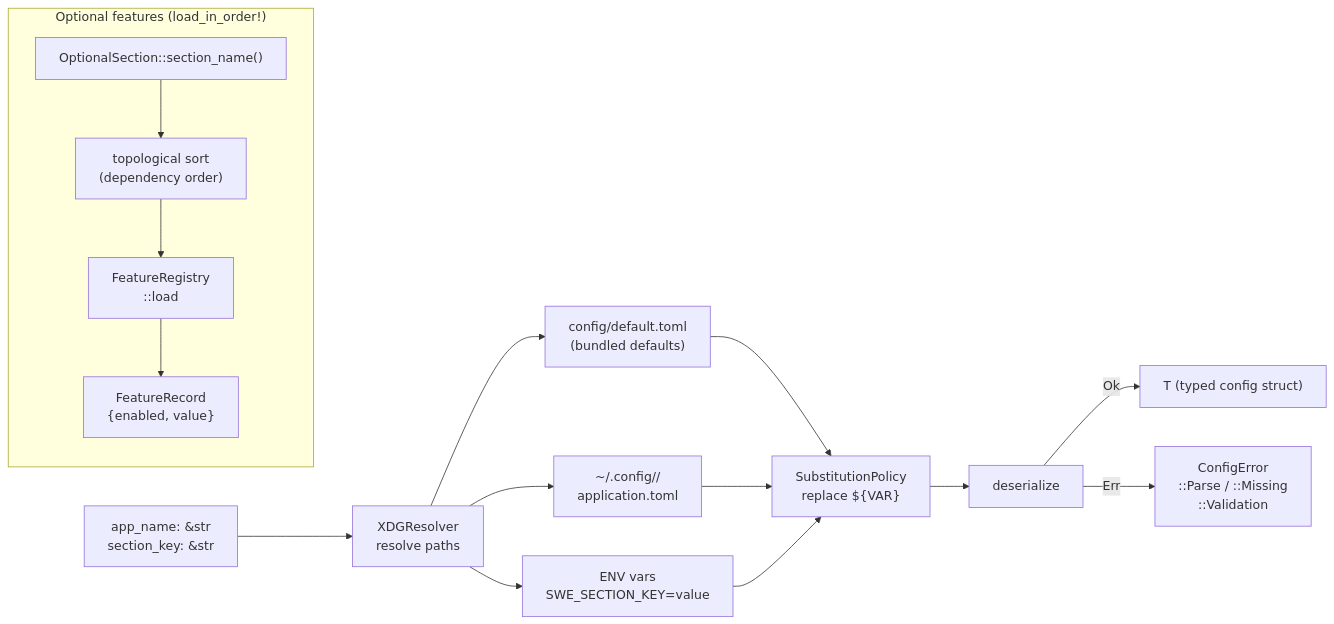
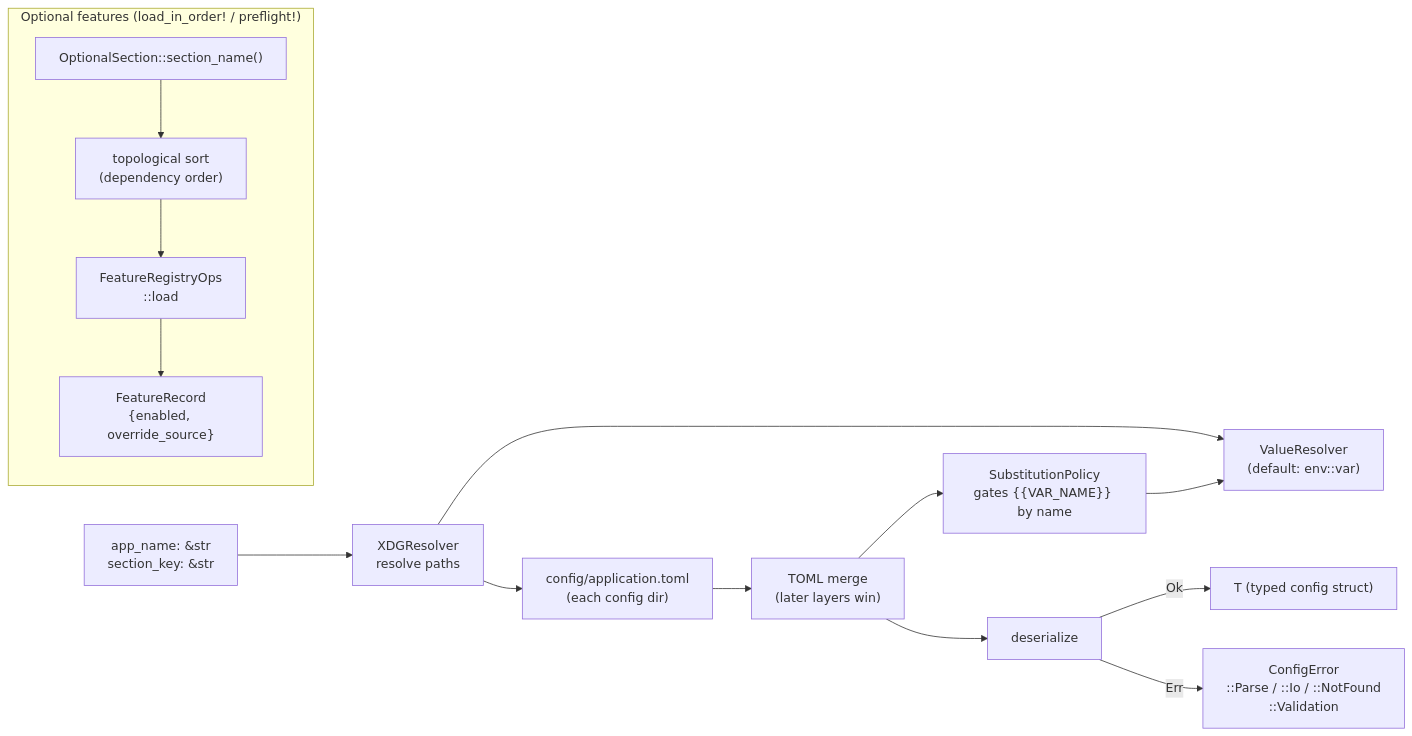
The second of 2 diagrams in scm/docs/architecture.md (sweengineeringlabs/edge-configbuilder), drawn with Mermaid before and after one commit. The commit also changed other lines of this file and 15 other files, not shown here.

````diff
--- a/scm/docs/architecture.md
+++ b/scm/docs/architecture.md
@@ -37,21 +70,20 @@
 ```mermaid
 flowchart LR
     A["app_name: &str\nsection_key: &str"] --> B["XDGResolver\nresolve paths"]
-    B --> C["config/default.toml\n(bundled defaults)"]
-    B --> D["~/.config/<app>/\napplication.toml"]
-    B --> E["ENV vars\nSWE_SECTION_KEY=value"]
+    B --> C["config/application.toml\n(each config dir)"]
+    B --> E["ValueResolver\n(default: env::var)"]
 
     C --> F["TOML merge\n(later layers win)"]
-    D --> F
-    E --> F["SubstitutionPolicy\nreplace ${VAR}"]
+    F --> S["SubstitutionPolicy\ngates {{VAR_NAME}} by name"]
+    S --> E
 
     F --> G["deserialize<T:\nDeserializeOwned\n+ Default>"]
     G -->|Ok| H["T  (typed config struct)"]
-    G -->|Err| I["ConfigError\n::Parse / ::Missing\n::Validation"]
+    G -->|Err| I["ConfigError\n::Parse / ::Io / ::NotFound\n::Validation"]
 
-    subgraph FeatureRegistry["Optional features (load_in_order!)"]
+    subgraph FeatureRegistry["Optional features (load_in_order! / preflight!)"]
         J["OptionalSection::section_name()"] --> K["topological sort\n(dependency order)"]
-        K --> L["FeatureRegistry\n::load<T>"]
-        L --> M["FeatureRecord\n{enabled, value}"]
+        K --> L["FeatureRegistryOps\n::load<T>"]
+        L --> M["FeatureRecord\n{enabled, override_source}"]
     end
 ```
````
